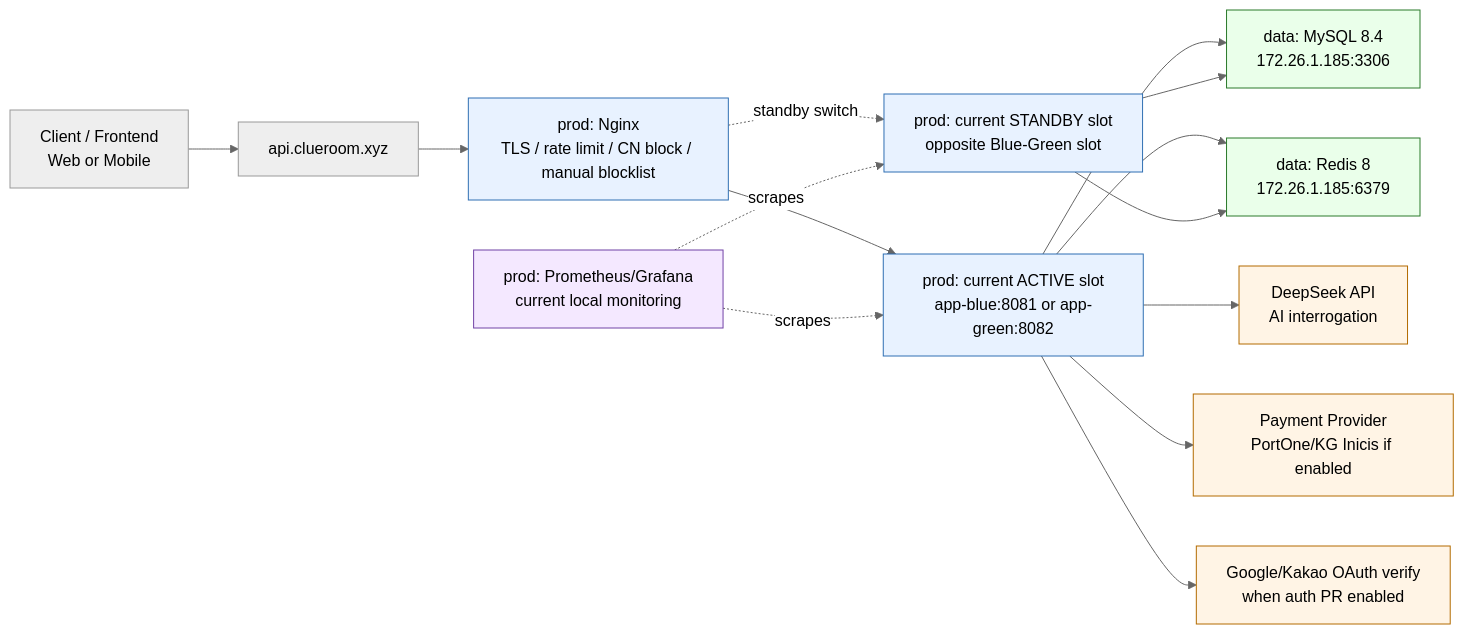
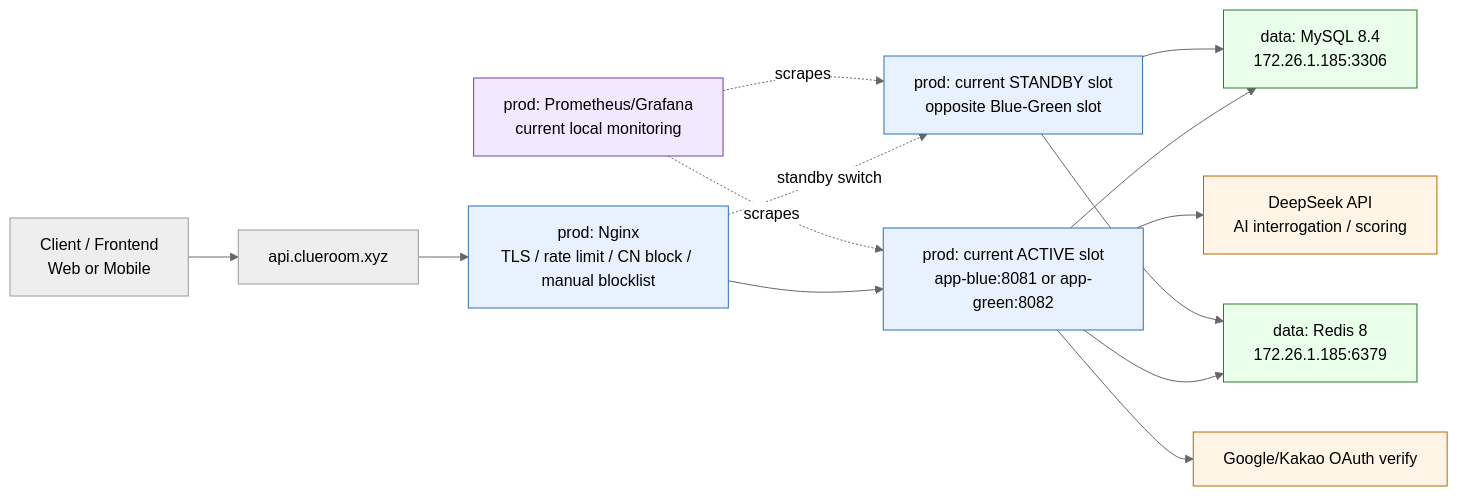
One commit to Final-Project-sixteam-company/start-up-project changed the diagram in docs/infra/diagrams/current-production-request-flow.mmd. Above: the diagram before and after it, drawn with Mermaid (neutral theme). The commit also changed 8 other files, not shown here.

```diff
--- a/docs/infra/diagrams/current-production-request-flow.mmd
+++ b/docs/infra/diagrams/current-production-request-flow.mmd
@@ -1,27 +1,26 @@
 flowchart LR
     user["Client / Frontend<br/>Web or Mobile"] --> dns["api.clueroom.xyz"]
     dns --> nginx["prod: Nginx<br/>TLS / rate limit / CN block / manual blocklist"]
     nginx --> active["prod: current ACTIVE slot<br/>app-blue:8081 or app-green:8082"]
     nginx -. standby switch .-> standby["prod: current STANDBY slot<br/>opposite Blue-Green slot"]
 
     active --> data_mysql["data: MySQL 8.4<br/>172.26.1.185:3306"]
     active --> data_redis["data: Redis 8<br/>172.26.1.185:6379"]
     standby --> data_mysql
     standby --> data_redis
 
-    active --> deepseek["DeepSeek API<br/>AI interrogation"]
-    active --> portone["Payment Provider<br/>PortOne/KG Inicis if enabled"]
-    active --> oauth["Google/Kakao OAuth verify<br/>when auth PR enabled"]
+    active --> deepseek["DeepSeek API<br/>AI interrogation / scoring"]
+    active --> oauth["Google/Kakao OAuth verify"]
 
     prod_monitor["prod: Prometheus/Grafana<br/>current local monitoring"] -. scrapes .-> active
     prod_monitor -. scrapes .-> standby
 
     classDef prod fill:#e8f2ff,stroke:#2f6fb3,stroke-width:1px;
     classDef data fill:#eaffea,stroke:#2b7a2b,stroke-width:1px;
     classDef ext fill:#fff4e5,stroke:#b36b00,stroke-width:1px;
     classDef monitor fill:#f4e8ff,stroke:#7142a6,stroke-width:1px;
 
     class nginx,active,standby prod;
     class data_mysql,data_redis data;
-    class deepseek,portone,oauth ext;
+    class deepseek,oauth ext;
     class prod_monitor monitor;
```
